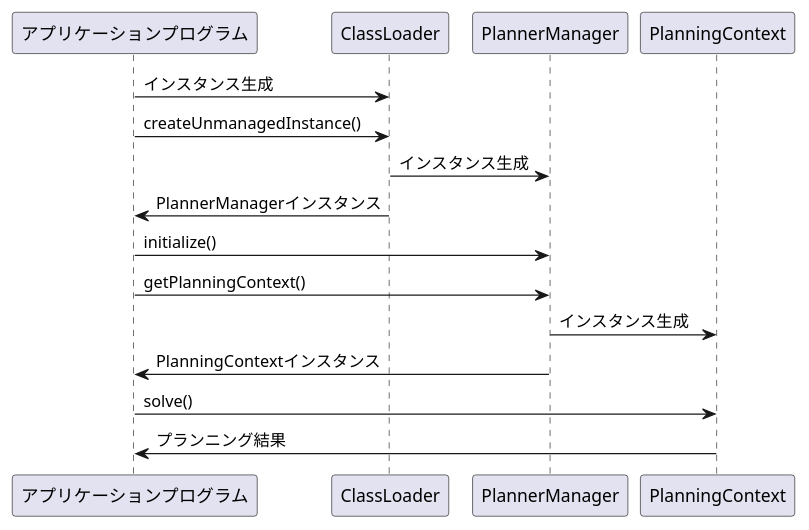
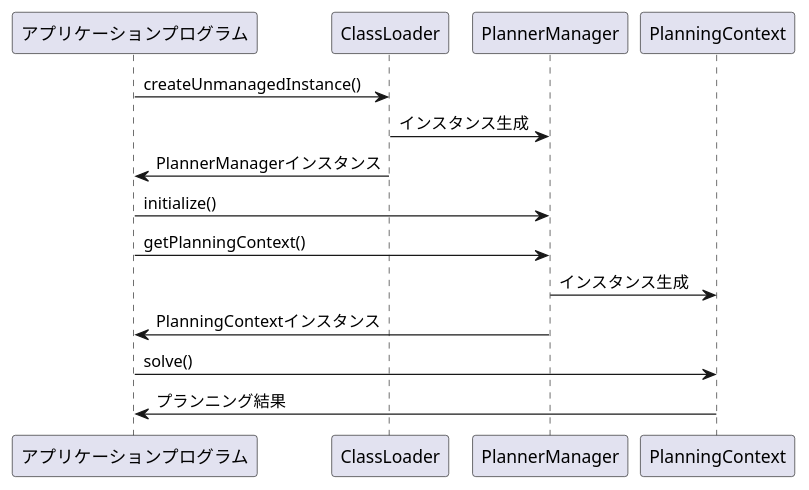
Before and after one commit to robo-marc/moveit_documents: the third of 3 diagrams in source/planner_manager.rst, drawn with PlantUML. The commit also changed other lines of this file and 1 other file, not shown here.

```diff
--- a/source/planner_manager.rst
+++ b/source/planner_manager.rst
@@ -34,12 +34,11 @@
 .. uml::
 
-   アプリケーションプログラム -> ClassLoader: インスタンス生成
    アプリケーションプログラム -> ClassLoader: createUnmanagedInstance()
    ClassLoader -> PlannerManager: インスタンス生成
    アプリケーションプログラム <- ClassLoader: PlannerManagerインスタンス
    アプリケーションプログラム -> PlannerManager: initialize()
    アプリケーションプログラム -> PlannerManager: getPlanningContext()
    PlannerManager -> PlanningContext: インスタンス生成
    アプリケーションプログラム <- PlannerManager: PlanningContextインスタンス
    アプリケーションプログラム -> PlanningContext: solve()
    アプリケーションプログラム <- PlanningContext: プランニング結果
```
